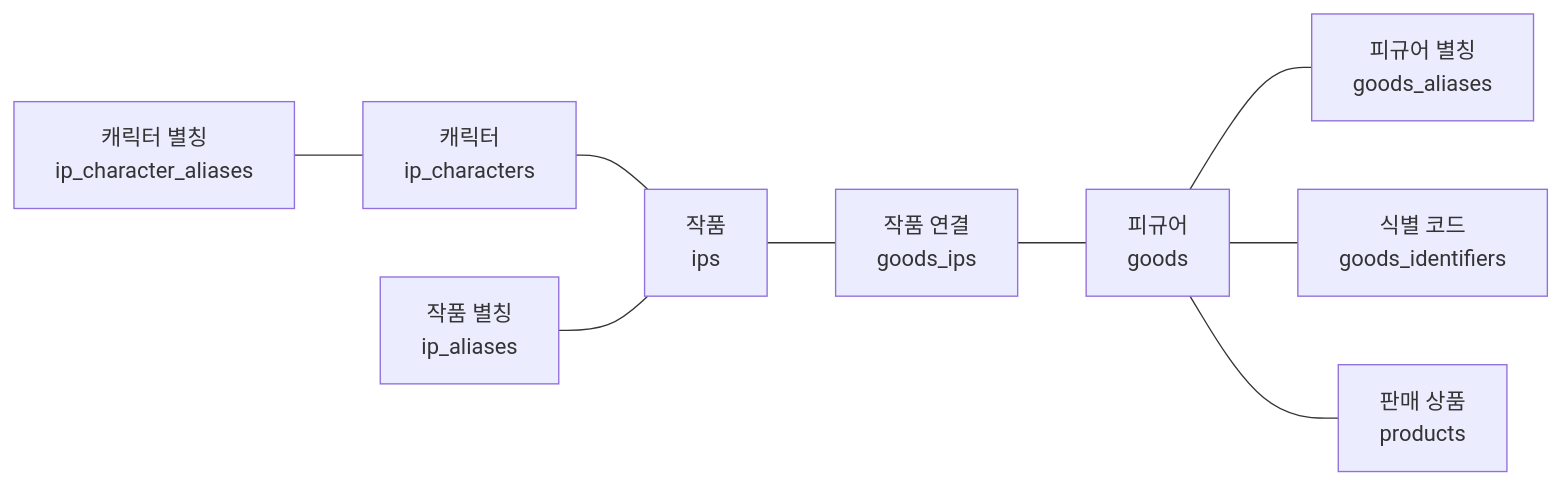
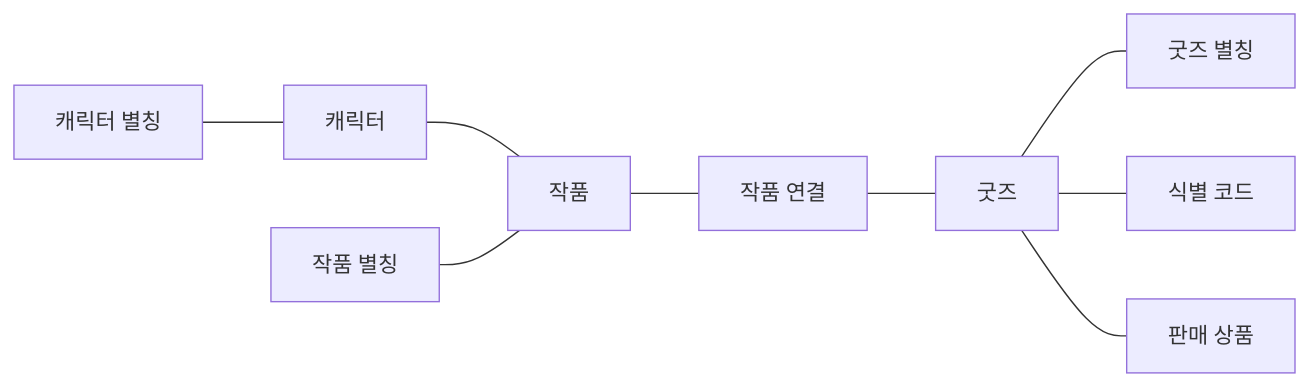
Before and after one commit to DSeung001/dseung001.github.io: the first of 6 diagrams in content/posts/2026/11/07/bavelmo-goods-finder/index.md, drawn with Mermaid. The commit also changed other lines of this file, not shown here.

````diff
--- a/content/posts/2026/11/07/bavelmo-goods-finder/index.md
+++ b/content/posts/2026/11/07/bavelmo-goods-finder/index.md
@@ -63,11 +63,11 @@
 ```mermaid
 flowchart LR
-  ipca["캐릭터 별칭<br/>ip_character_aliases"] --- ipc["캐릭터<br/>ip_characters"]
-  ipc --- ips["작품<br/>ips"]
-  ipa["작품 별칭<br/>ip_aliases"] --- ips
-  ips --- gi["작품 연결<br/>goods_ips"]
-  gi --- goods["피규어<br/>goods"]
-  goods --- ga["피규어 별칭<br/>goods_aliases"]
-  goods --- gid["식별 코드<br/>goods_identifiers"]
-  goods --- pr["판매 상품<br/>products"]
+  ipca["캐릭터 별칭"] --- ipc["캐릭터"]
+  ipc --- ips["작품"]
+  ipa["작품 별칭"] --- ips
+  ips --- gi["작품 연결"]
+  gi --- goods["굿즈"]
+  goods --- ga["굿즈 별칭"]
+  goods --- gid["식별 코드"]
+  goods --- pr["판매 상품"]
 ```
````
